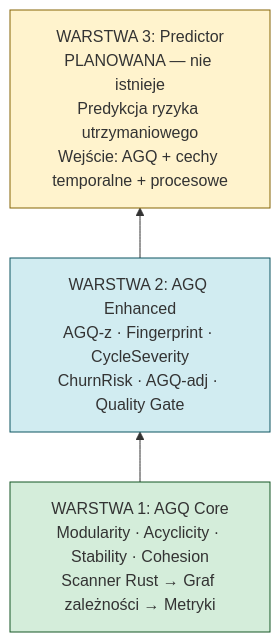
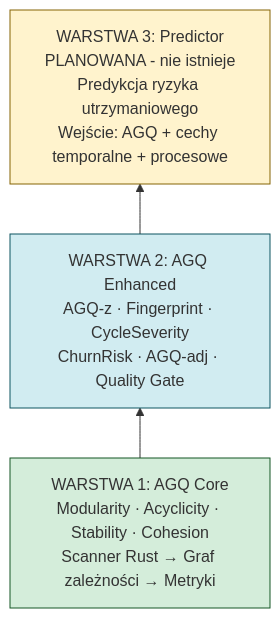
One commit to PiotrGry/qse-pkg changed the seventh of 14 diagrams in artifacts/qse_podrecznik.md. Above: the diagram before and after it, drawn with Mermaid. The commit also changed other lines of this file and 46 other files, not shown here.

````diff
--- a/artifacts/qse_podrecznik.md
+++ b/artifacts/qse_podrecznik.md
@@ -1128,10 +1128,10 @@
 ```mermaid
 graph BT
     W1["WARSTWA 1: AGQ Core\nModularity · Acyclicity · Stability · Cohesion\nScanner Rust → Graf zależności → Metryki"]
     W2["WARSTWA 2: AGQ Enhanced\nAGQ-z · Fingerprint · CycleSeverity\nChurnRisk · AGQ-adj · Quality Gate"]
-    W3["WARSTWA 3: Predictor\nPLANOWANA — nie istnieje\nPredykcja ryzyka utrzymaniowego\nWejście: AGQ + cechy temporalne + procesowe"]
+    W3["WARSTWA 3: Predictor\nPLANOWANA - nie istnieje\nPredykcja ryzyka utrzymaniowego\nWejście: AGQ + cechy temporalne + procesowe"]
     W1 --> W2 --> W3
     style W1 fill:#d4edda,stroke:#155724
     style W2 fill:#d1ecf1,stroke:#0c5460
     style W3 fill:#fff3cd,stroke:#856404
 ```
````
